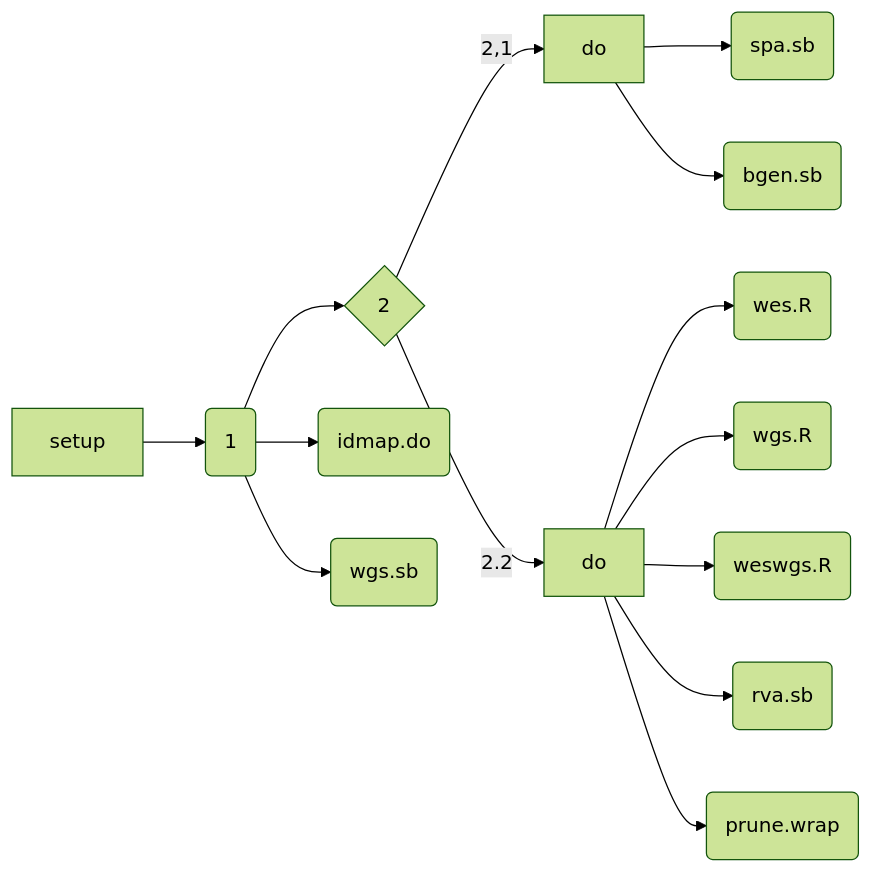
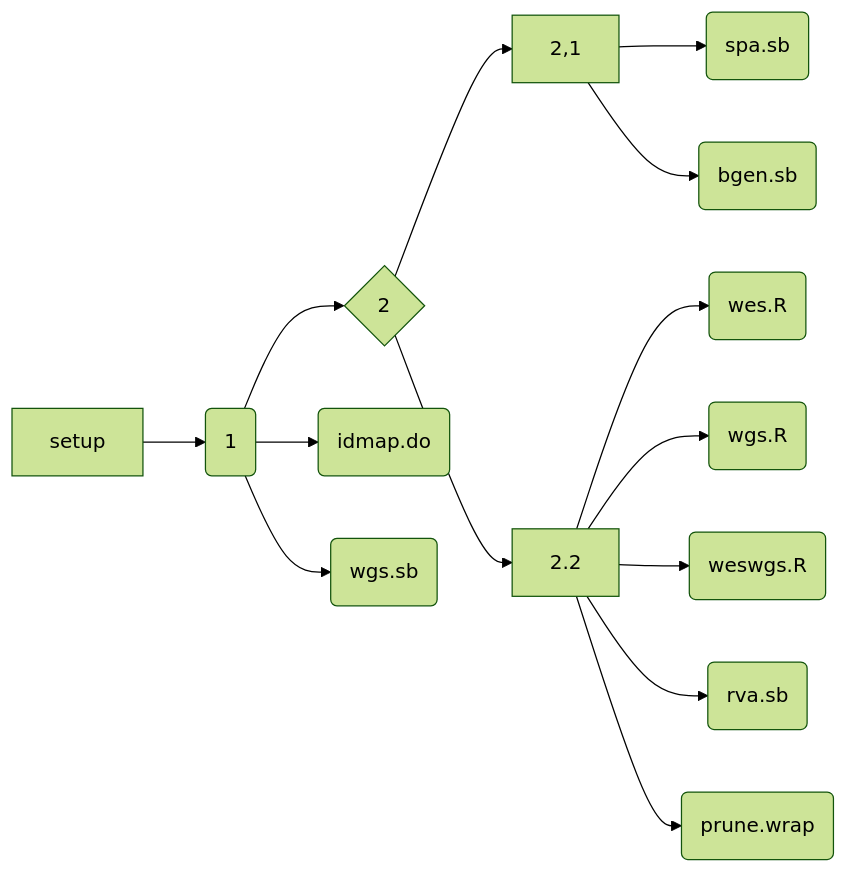
One commit to jinghuazhao/SCALLOP-Seq changed the diagram in README.md. Above: the diagram before and after it, drawn with Mermaid (forest theme). The commit also changed other lines of this file and 1 other file, not shown here.

````diff
--- a/README.md
+++ b/README.md
@@ -13,10 +13,10 @@
 ```mermaid
 graph LR;
 A[setup] -->B(1);
     B --> C{2}; B --> F(idmap.do); B --> I(wgs.sb);
-    C -->|2,1| D[do];
-    C -->|2.2| E[do]; E --> L(wes.R); E --> M(wgs.R); E --> N(weswgs.R);
+    C --> D[2,1];
+    C --> E[2.2]; E --> L(wes.R); E --> M(wgs.R); E --> N(weswgs.R);
     D --> G(spa.sb); D --> K(bgen.sb);
     E --> H(rva.sb); E --> J(prune.wrap);
 
 ```
````
